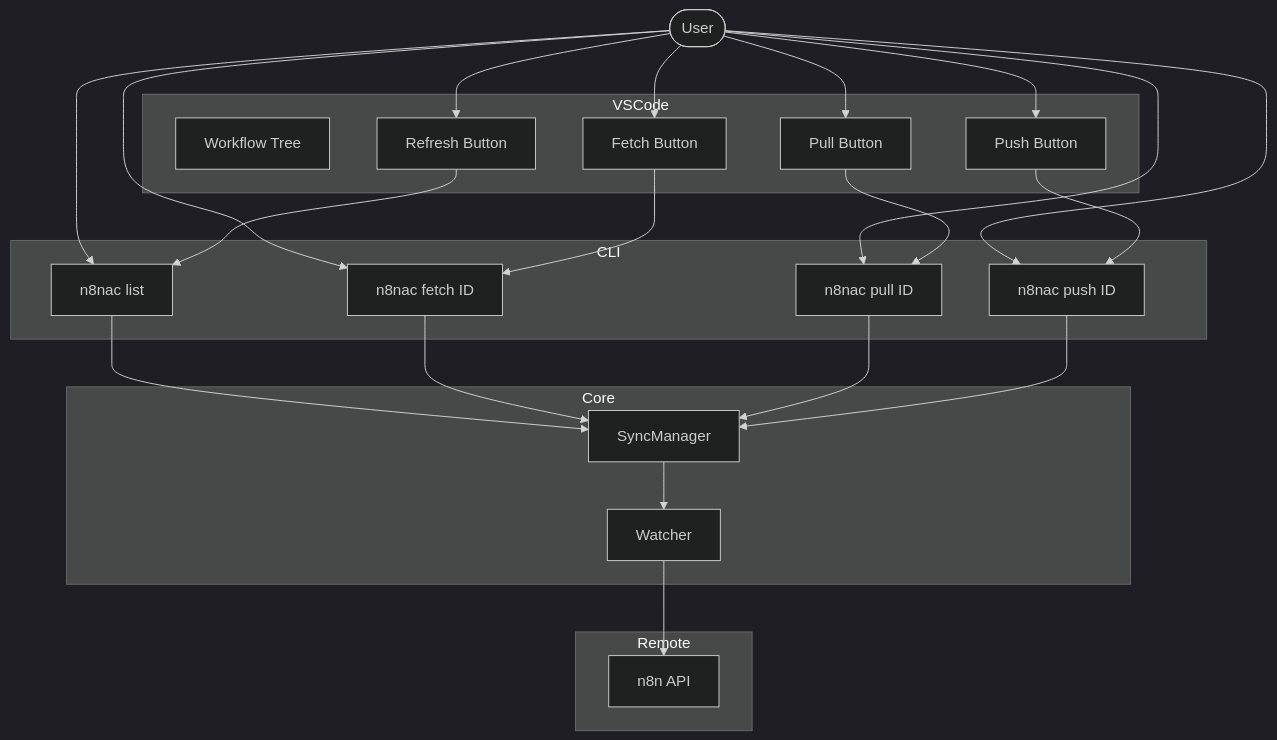
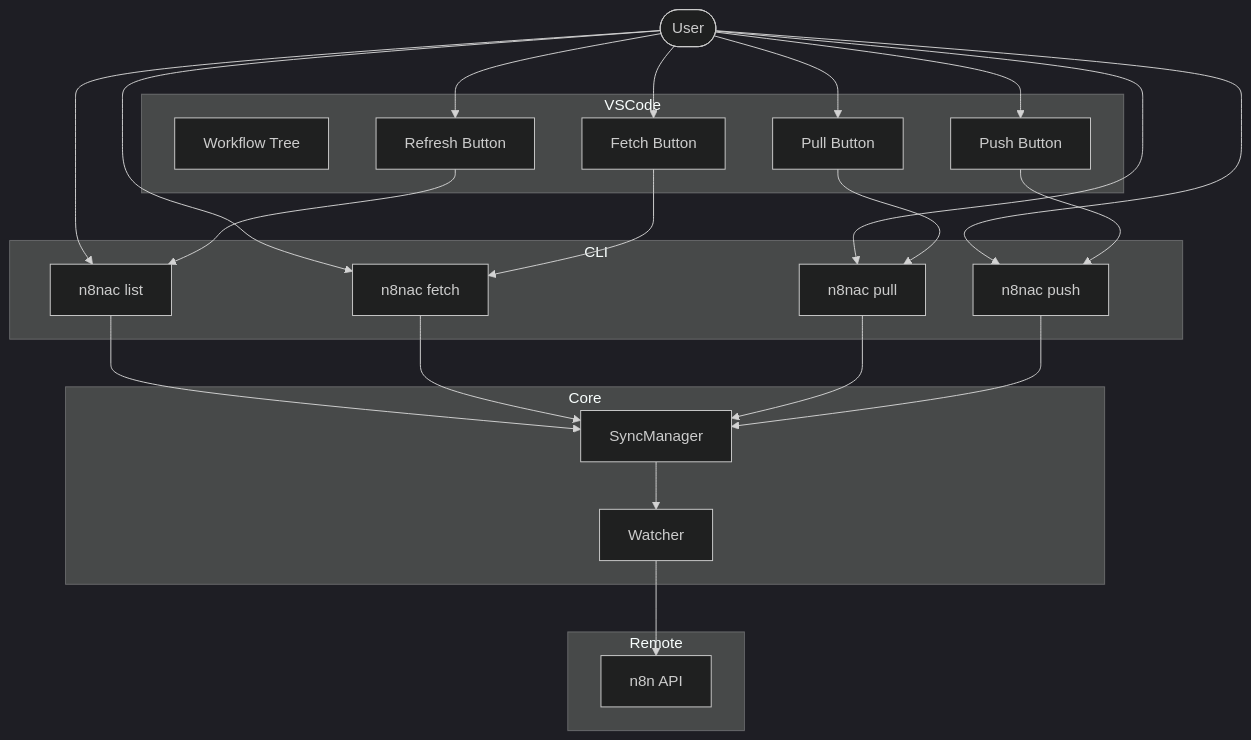
The diagram in plans/git-like-sync-refacto.md (EtienneLescot/n8n-as-code), drawn with Mermaid (dark theme) before and after one commit. The commit also changed 7 other files, not shown here.

````diff
--- a/plans/git-like-sync-refacto.md
+++ b/plans/git-like-sync-refacto.md
@@ -50,47 +50,47 @@
 ```mermaid
 graph TD
     User([User])
     subgraph CLI
         List[n8nac list]
-        Fetch[n8nac fetch <workflowId> ID]
-        Pull[n8nac pull <workflowId> ID]
-        Push[n8nac push <workflowId> ID]
+        Fetch[n8nac fetch <workflowId>]
+        Pull[n8nac pull <workflowId>]
+        Push[n8nac push <workflowId>]
     end
     subgraph VSCode
         Tree[Workflow Tree]
         RefreshBtn[Refresh Button]
         FetchBtn[Fetch Button]
         PullBtn[Pull Button]
         PushBtn[Push Button]
     end
     subgraph Core
         SyncMgr[SyncManager]
         Watcher[Watcher]
     end
     subgraph Remote
         N8nAPI[n8n API]
     end
 
     User --> List
     User --> Fetch
     User --> Pull
     User --> Push
 
     User --> RefreshBtn
     User --> FetchBtn
     User --> PullBtn
     User --> PushBtn
 
     RefreshBtn --> List
     FetchBtn --> Fetch
     PullBtn --> Pull
     PushBtn --> Push
 
     List --> SyncMgr
     Fetch --> SyncMgr
     Pull --> SyncMgr
     Push --> SyncMgr
 
     SyncMgr --> Watcher
     Watcher --> N8nAPI
 ```
````
